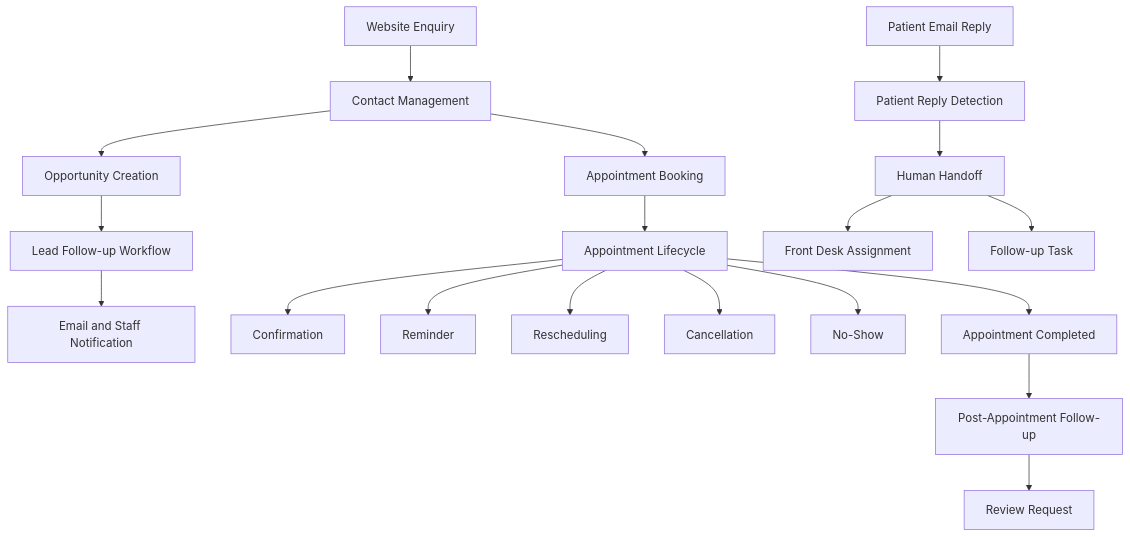
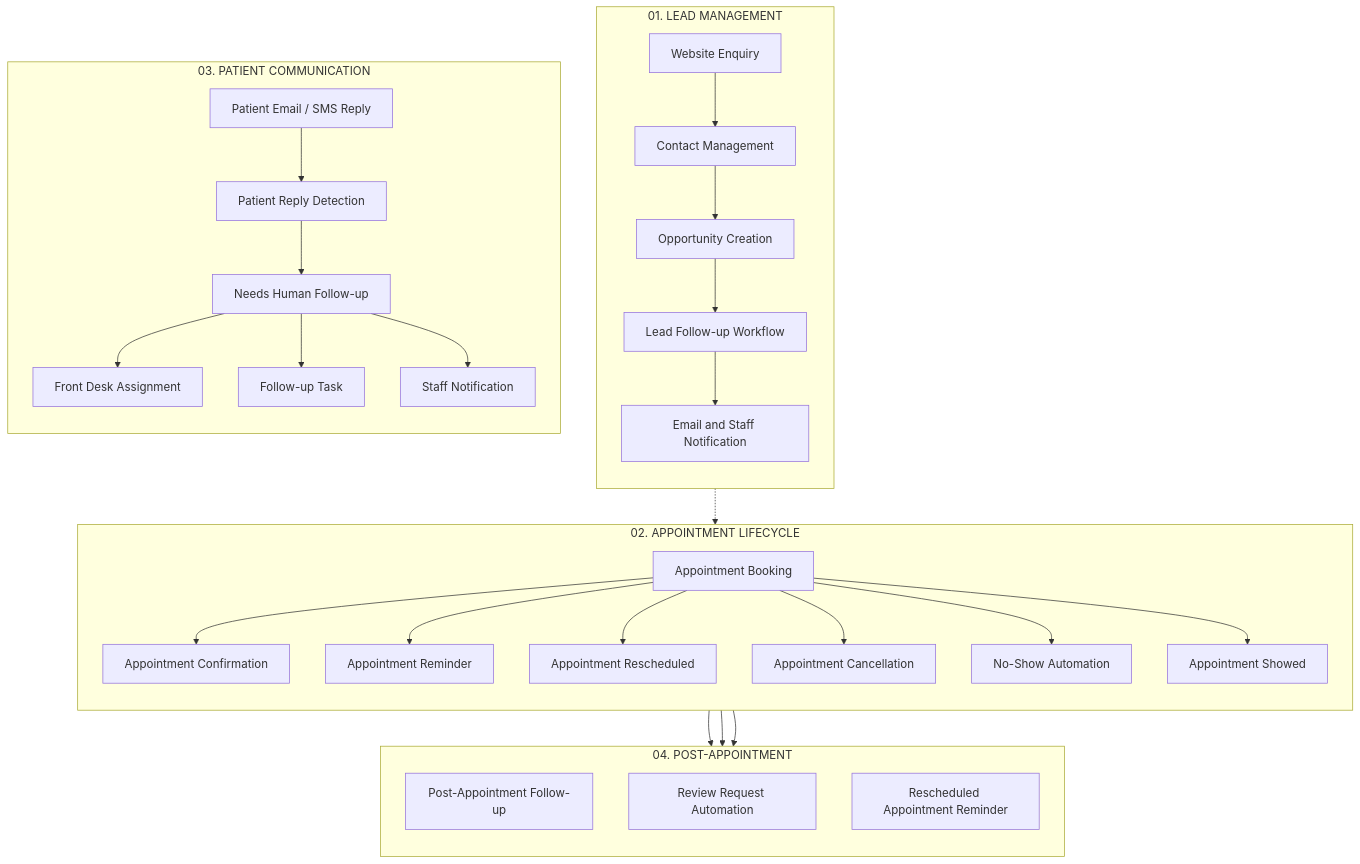
Before and after one commit to Aminul-Eng/smile-dental-crm-automation: the diagram in README.md, drawn with Mermaid. The commit also changed other lines of this file, not shown here.

````diff
--- a/README.md
+++ b/README.md
@@ -79,25 +83,60 @@
 ```mermaid
 flowchart TB
-    A[Website Enquiry] --> B[Contact Management]
-    B --> C[Opportunity Creation]
-    C --> D[Lead Follow-up Workflow]
-    D --> E[Email and Staff Notification]
 
-    B --> F[Appointment Booking]
-    F --> G[Appointment Lifecycle]
+    subgraph LEAD["01. LEAD MANAGEMENT"]
+        direction TB
+        A["Website Enquiry"]
+        B["Contact Management"]
+        C["Opportunity Creation"]
+        D["Lead Follow-up Workflow"]
+        E["Email and Staff Notification"]
 
-    G --> H[Confirmation]
-    G --> I[Reminder]
-    G --> J[Rescheduling]
-    G --> K[Cancellation]
-    G --> L[No-Show]
+        A --> B --> C --> D --> E
+    end
 
-    G --> M[Appointment Completed]
-    M --> N[Post-Appointment Follow-up]
-    N --> O[Review Request]
+    subgraph APPOINTMENT["02. APPOINTMENT LIFECYCLE"]
+        direction TB
+        F["Appointment Booking"]
+        G["Appointment Confirmation"]
+        H["Appointment Reminder"]
+        I["Appointment Rescheduled"]
+        J["Appointment Cancellation"]
+        K["No-Show Automation"]
+        L["Appointment Showed"]
 
-    P[Patient Email Reply] --> Q[Patient Reply Detection]
-    Q --> R[Human Handoff]
-    R --> S[Front Desk Assignment]
-    R --> T[Follow-up Task]
+        F --> G
+        F --> H
+        F --> I
+        F --> J
+        F --> K
+        F --> L
+    end
+
+    subgraph COMMUNICATION["03. PATIENT COMMUNICATION"]
+        direction TB
+        M["Patient Email / SMS Reply"]
+        N["Patient Reply Detection"]
+        O["Needs Human Follow-up"]
+        P["Front Desk Assignment"]
+        Q["Follow-up Task"]
+        R["Staff Notification"]
+
+        M --> N --> O
+        O --> P
+        O --> Q
+        O --> R
+    end
+
+    subgraph POST["04. POST-APPOINTMENT"]
+        direction TB
+        S["Post-Appointment Follow-up"]
+        T["Review Request Automation"]
+        U["Rescheduled Appointment Reminder"]
+
+        L --> S
+        L --> T
+        I --> U
+    end
+
+    E -.-> F
 ```
````
